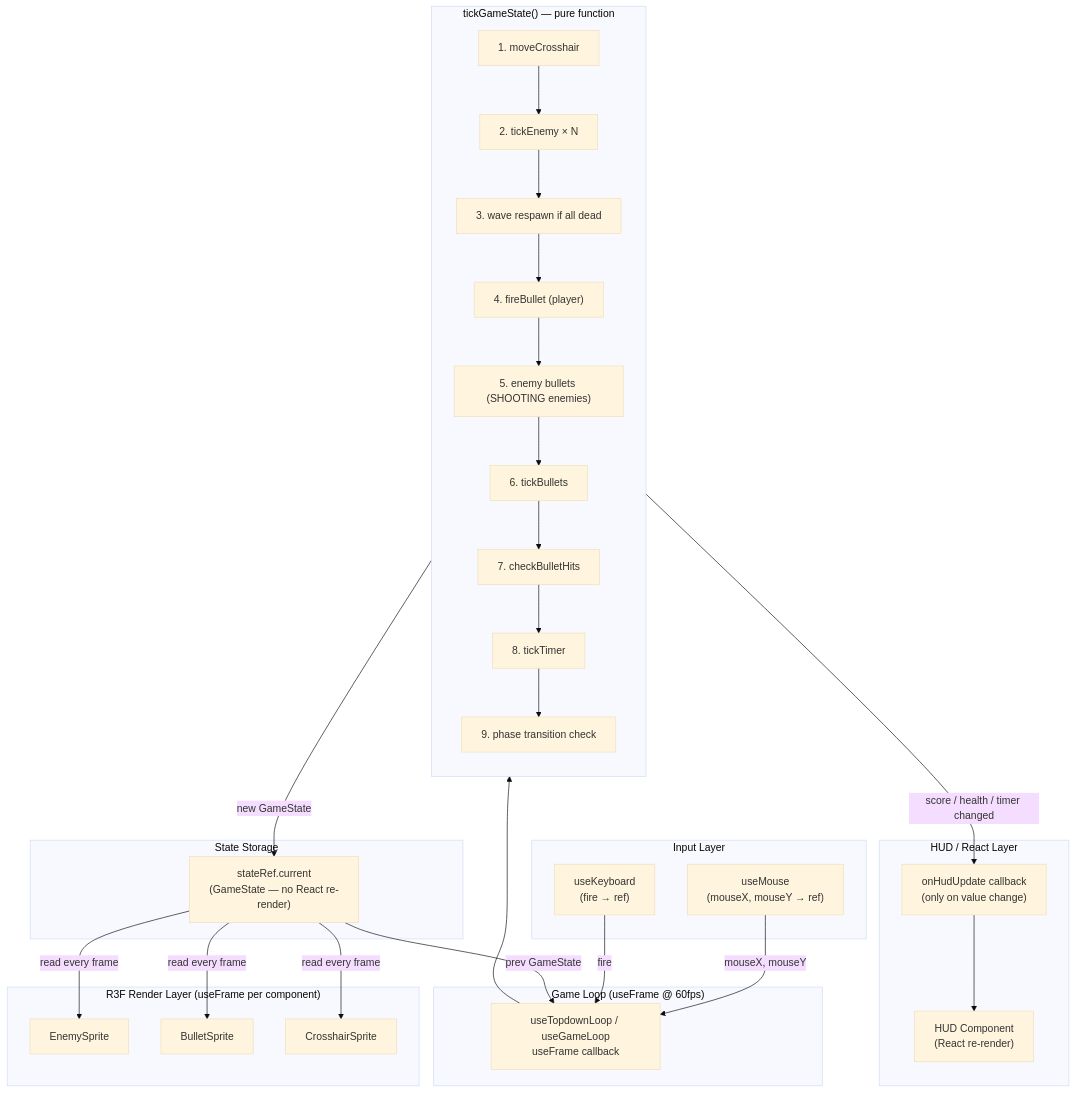
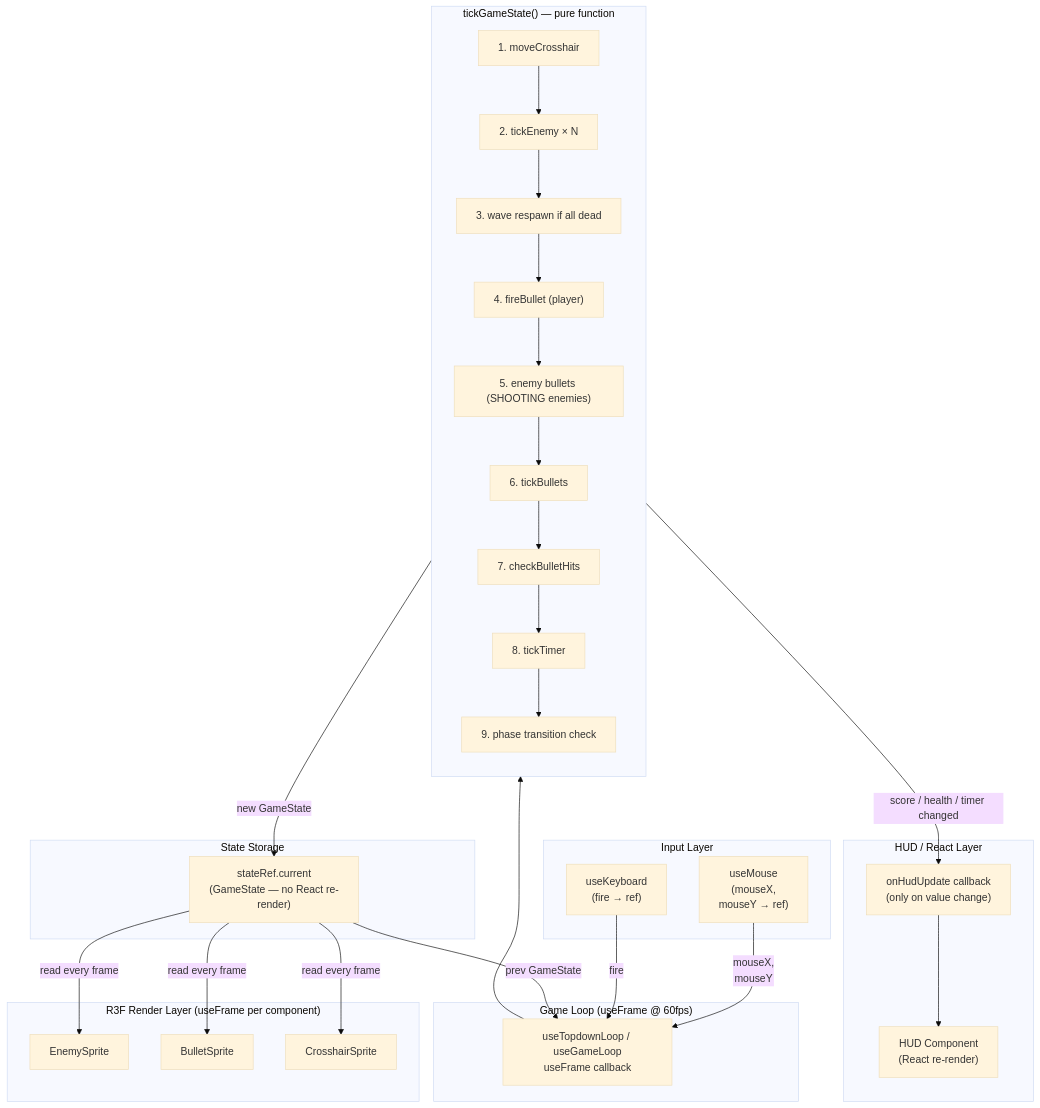
Before and after one commit to bczy/prohimuf: the diagram in docs/diagrams/data-flow.md, drawn with Mermaid (base theme). The commit also changed 263 other files, not shown here.

````diff
--- a/docs/diagrams/data-flow.md
+++ b/docs/diagrams/data-flow.md
@@ -3,52 +3,54 @@
 ```mermaid
 flowchart TD
 
   subgraph Input["Input Layer"]
-    MOUSE["useMouse\n(mouseX, mouseY → ref)"]
+    MOUSE["useMouse\n(mouseX,
+ mouseY → ref)"]
     KEYBOARD["useKeyboard\n(fire → ref)"]
   end
 
   subgraph Loop["Game Loop (useFrame @ 60fps)"]
     USEFRAME["useTopdownLoop / useGameLoop\nuseFrame callback"]
   end
 
   subgraph Tick["tickGameState() — pure function"]
     direction TB
     T1["1. moveCrosshair"]
     T2["2. tickEnemy × N"]
     T3["3. wave respawn if all dead"]
     T4["4. fireBullet (player)"]
     T5["5. enemy bullets (SHOOTING enemies)"]
     T6["6. tickBullets"]
     T7["7. checkBulletHits"]
     T8["8. tickTimer"]
     T9["9. phase transition check"]
     T1 --> T2 --> T3 --> T4 --> T5 --> T6 --> T7 --> T8 --> T9
   end
 
   subgraph State["State Storage"]
     STATEREF["stateRef.current\n(GameState — no React re-render)"]
   end
 
   subgraph Render["R3F Render Layer (useFrame per component)"]
     ENEMY["EnemySprite"]
     BULLET["BulletSprite"]
     CROSSHAIR["CrosshairSprite"]
   end
 
   subgraph HUD["HUD / React Layer"]
     HUDCB["onHudUpdate callback\n(only on value change)"]
     HUDCOMP["HUD Component\n(React re-render)"]
   end
 
-  MOUSE -->|mouseX, mouseY| USEFRAME
+  MOUSE -->|mouseX,
+ mouseY| USEFRAME
   KEYBOARD -->|fire| USEFRAME
   STATEREF -->|prev GameState| USEFRAME
   USEFRAME --> Tick
   Tick -->|new GameState| STATEREF
   STATEREF -->|read every frame| ENEMY
   STATEREF -->|read every frame| BULLET
   STATEREF -->|read every frame| CROSSHAIR
   Tick -->|score / health / timer changed| HUDCB
   HUDCB --> HUDCOMP
 ```
````
